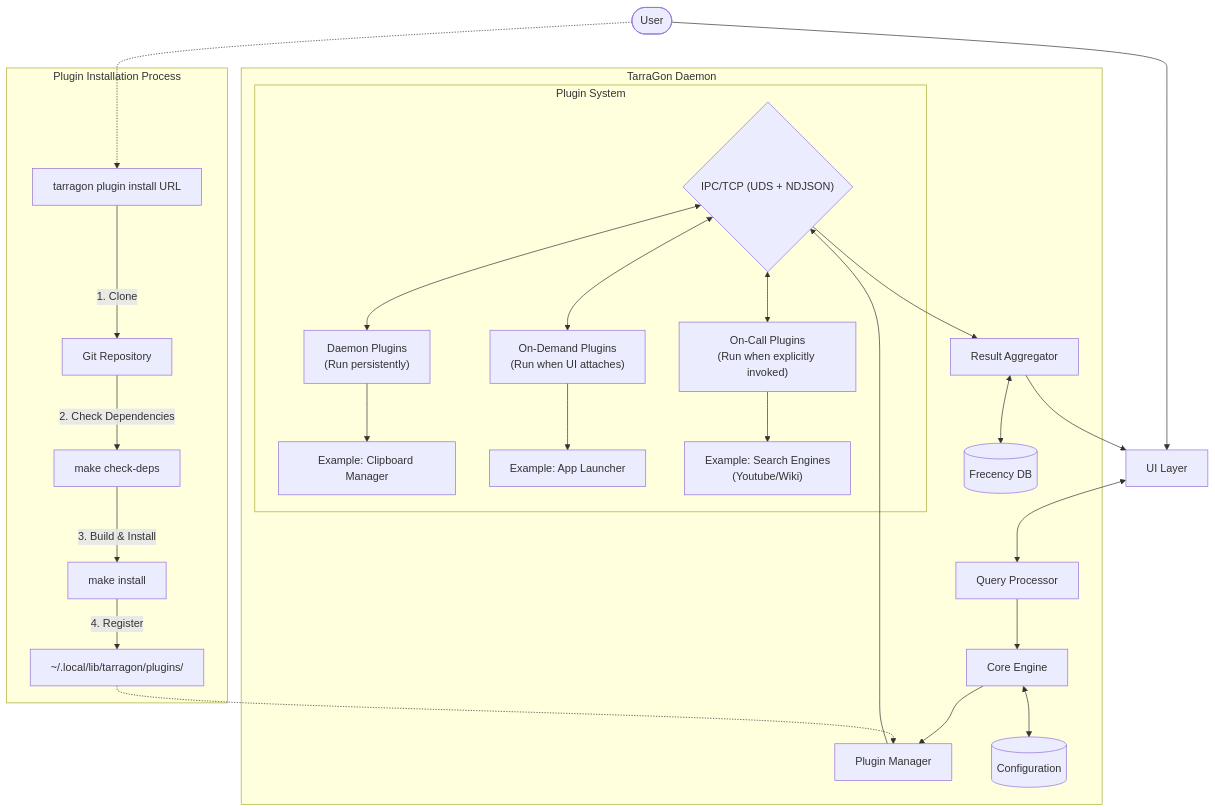
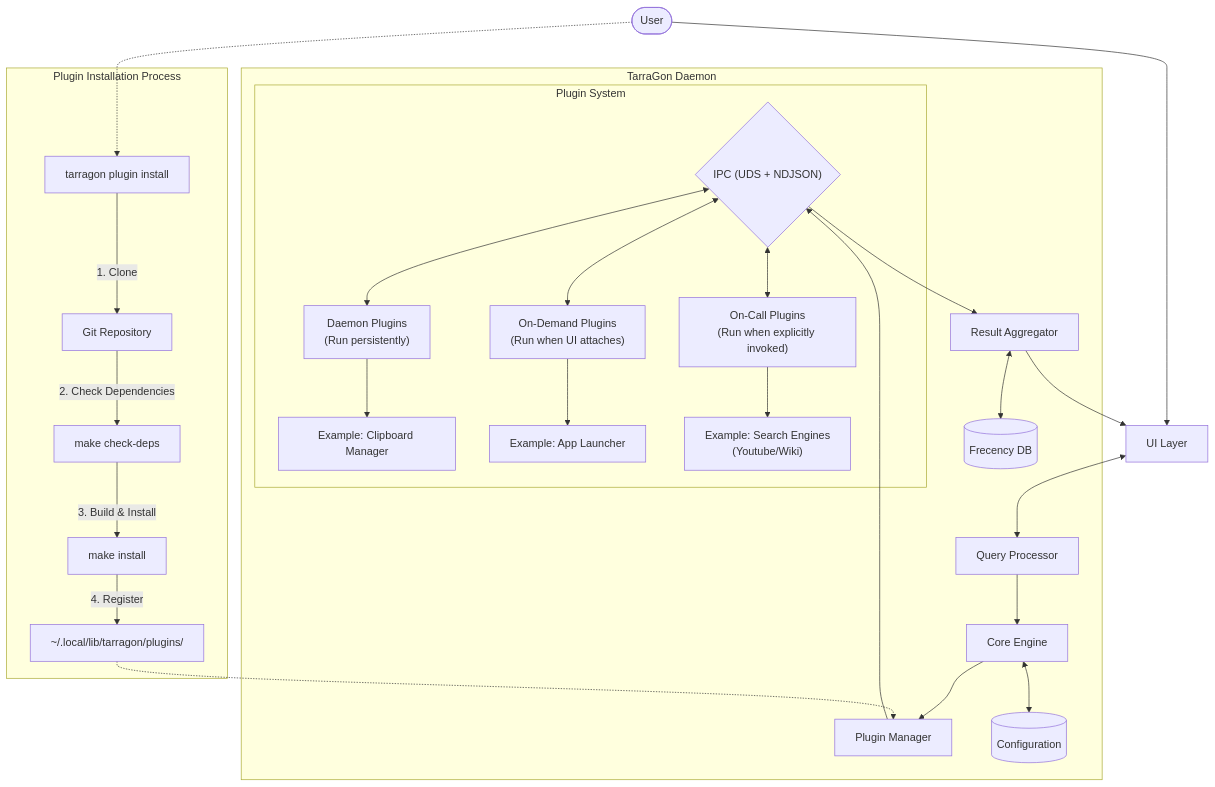
One commit to iMithrellas/tarragon changed the diagram in README.md. Above: the diagram before and after it, drawn with Mermaid. The commit also changed other lines of this file and 8 other files, not shown here.

````diff
--- a/README.md
+++ b/README.md
@@ -111,55 +111,55 @@
 ```mermaid
 graph TD
  subgraph Plugins["Plugin System"]
         DaemonPlugins["Daemon Plugins
 (Run persistently)"]
         ClipboardMgr["Example: Clipboard Manager"]
         OnDemandPlugins["On-Demand Plugins
 (Run when UI attaches)"]
         AppLauncher["Example: App Launcher"]
         OnCallPlugins["On-Call Plugins
 (Run when explicitly invoked)"]
         SearchEngines["Example: Search Engines
         (Youtube/Wiki)"]
-        Socket{"IPC/TCP (UDS + NDJSON)"}
+        Socket{"IPC (UDS + NDJSON)"}
   end
  subgraph Daemon["TarraGon Daemon"]
         Core["Core Engine"]
         QueryProcessor["Query Processor"]
         PluginManager["Plugin Manager"]
         ResultAggregator["Result Aggregator"]
         Config[("Configuration")]
         FrecencyDB[("Frecency DB")]
         Plugins
   end
  subgraph PluginInstall["Plugin Installation Process"]
         GitRepo["Git Repository"]
-        InstallCommand["tarragon plugin install URL"]
+        InstallCommand["tarragon plugin install <git-url>"]
         DepCheck["make check-deps"]
         MakeInstall["make install"]
         PluginDir["~/.local/lib/tarragon/plugins/"]
   end
     User(["User"]) --> UI["UI Layer"]
     User -.-> InstallCommand
     UI <--> QueryProcessor
     QueryProcessor --> Core
     Core --> PluginManager
     Core <--> Config
     ResultAggregator <--> FrecencyDB
     PluginManager --> Socket
     Socket <--> DaemonPlugins
     DaemonPlugins --> ClipboardMgr
     Socket <--> OnDemandPlugins
     OnDemandPlugins --> AppLauncher
     OnCallPlugins --> SearchEngines
     Socket <--> OnCallPlugins
     ResultAggregator --> UI
     Socket --> ResultAggregator
     InstallCommand -- "1. Clone" --> GitRepo
     GitRepo -- "2. Check Dependencies" --> DepCheck
     DepCheck -- "3. Build & Install" --> MakeInstall
     MakeInstall -- "4. Register" --> PluginDir
     PluginDir -.-> PluginManager
 
     classDef anchor shape:anchor
 ```
````
